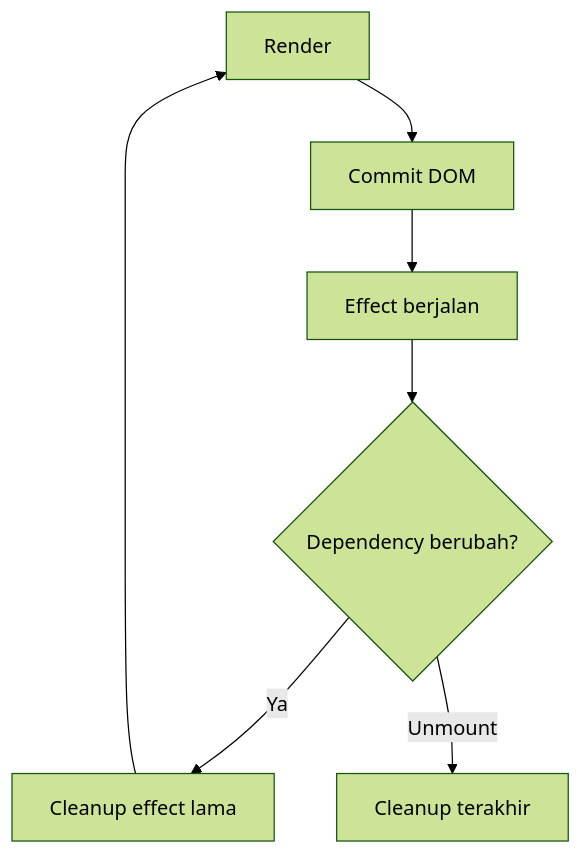
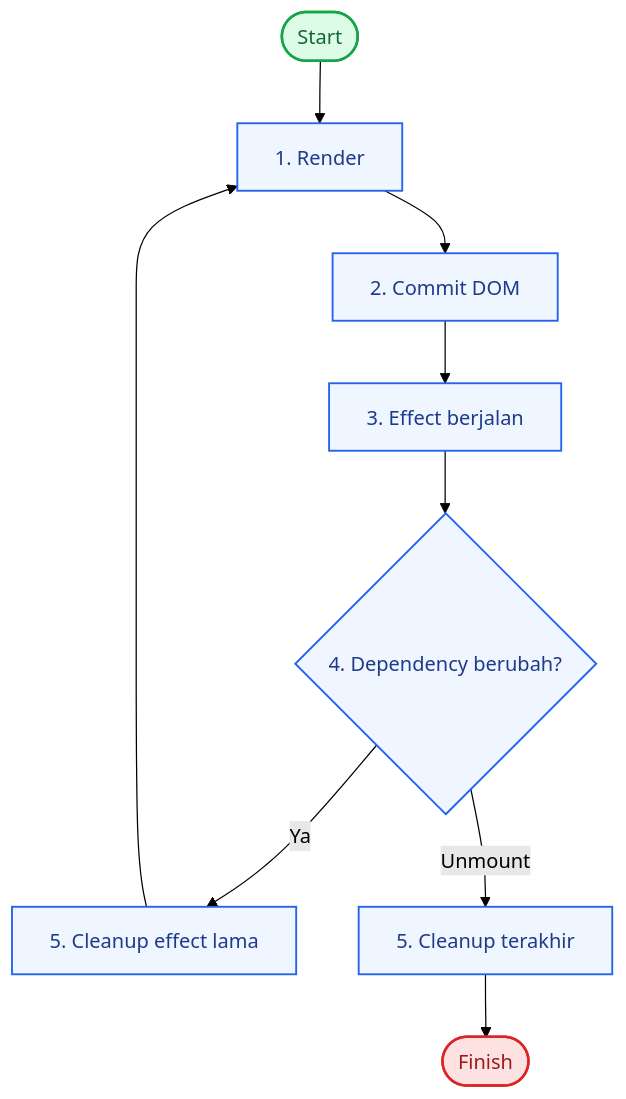
Before and after one commit to seftronics/react-basic: the diagram in doc/function-useeffect-guide.md, drawn with Mermaid (forest theme). The commit also changed 8 other files, not shown here.

````diff
--- a/doc/function-useeffect-guide.md
+++ b/doc/function-useeffect-guide.md
@@ -13,9 +13,16 @@
 ```mermaid
 flowchart TD
-    A[Render] --> B[Commit DOM]
-    B --> C[Effect berjalan]
-    C --> D{Dependency berubah?}
-    D -- Ya --> E[Cleanup effect lama]
+    S([Start]) --> A[1. Render]
+    A --> B[2. Commit DOM]
+    B --> C[3. Effect berjalan]
+    C --> D{4. Dependency berubah?}
+    D -- Ya --> E[5. Cleanup effect lama]
     E --> A
-    D -- Unmount --> F[Cleanup terakhir]
+    D -- Unmount --> F[5. Cleanup terakhir]
+    F --> Z([Finish])
+    classDef default fill:#eff6ff,stroke:#2563eb,stroke-width:1.5px,color:#1e3a8a;
+    classDef start fill:#dcfce7,stroke:#16a34a,stroke-width:2px,color:#166534;
+    classDef finish fill:#fee2e2,stroke:#dc2626,stroke-width:2px,color:#991b1b;
+    class S start;
+    class Z finish;
 ```
````
